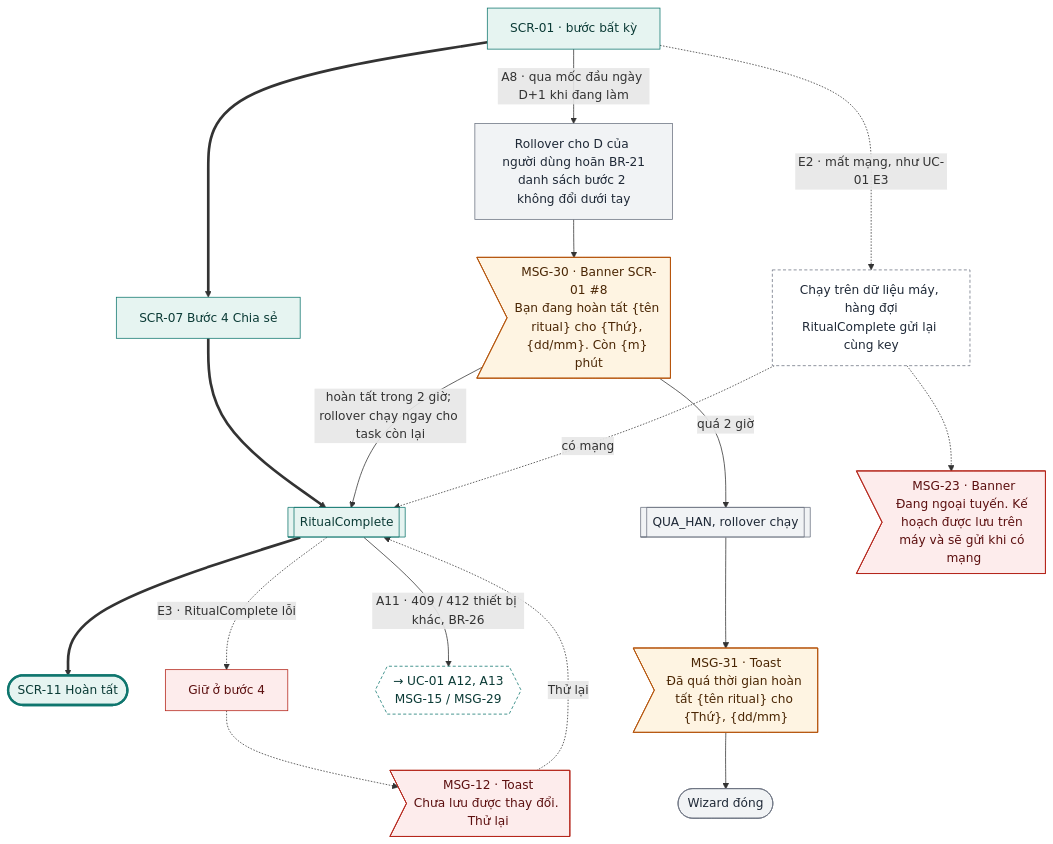
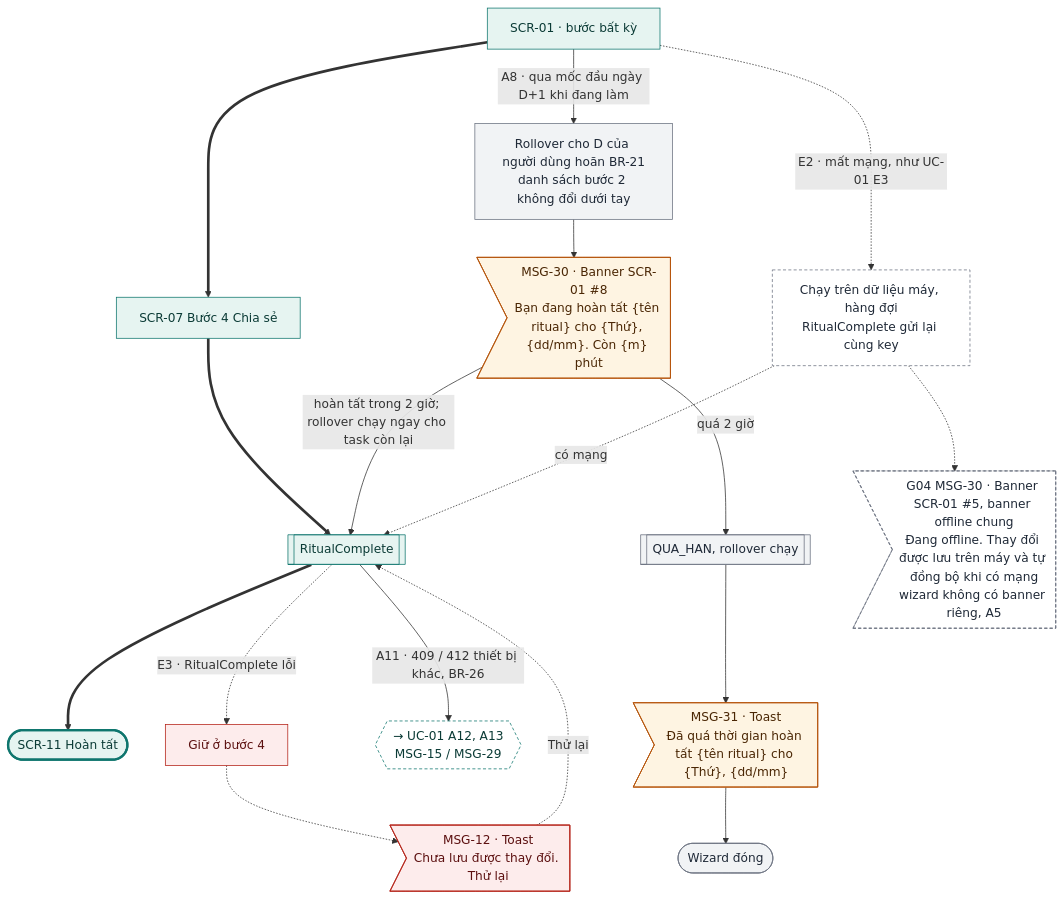
Before and after one commit to tannguyenho/personal-app: diagram 11 of 18 in docs/design-brief/flow/g08-daily-rituals.md, drawn with Mermaid. The commit also changed other lines of this file and 5 other files, not shown here.

First line of the commit message:
docs(G08, G12): áp quyết định PO 09/11 vào SRS, PRD, flow

````diff
--- a/docs/design-brief/flow/g08-daily-rituals.md
+++ b/docs/design-brief/flow/g08-daily-rituals.md
@@ -485,40 +496,40 @@
 ```mermaid
 flowchart TD
   s1["SCR-01 · bước bất kỳ"]
   s4["SCR-07 Bước 4 Chia sẻ"]
   p5[["RitualComplete"]]
   ok(["SCR-11 Hoàn tất"])
   s1 ==> s4 ==> p5 ==> ok
 
   s1 -->|"A8 · qua mốc đầu ngày D+1 khi đang làm"| a8["Rollover cho D của người dùng hoãn BR-21<br/>danh sách bước 2 không đổi dưới tay"]
   a8 --> a8m>"MSG-30 · Banner SCR-01 #8<br/>Bạn đang hoàn tất {tên ritual} cho {Thứ}, {dd/mm}. Còn {m} phút"]
   a8m -->|"hoàn tất trong 2 giờ; rollover chạy ngay cho task còn lại"| p5
   a8m -->|"quá 2 giờ"| a8f[["QUA_HAN, rollover chạy"]]
   a8f --> a8x>"MSG-31 · Toast<br/>Đã quá thời gian hoàn tất {tên ritual} cho {Thứ}, {dd/mm}"]
   a8x --> a8e(["Wizard đóng"])
   p5 -->|"A11 · 409 / 412 thiết bị khác, BR-26"| a11{{"→ UC-01 A12, A13<br/>MSG-15 / MSG-29"}}
 
   s1 -.->|"E2 · mất mạng, như UC-01 E3"| e2["Chạy trên dữ liệu máy, hàng đợi<br/>RitualComplete gửi lại cùng key"]
-  e2 -.-> e2m>"MSG-23 · Banner<br/>Đang ngoại tuyến. Kế hoạch được lưu trên máy và sẽ gửi khi có mạng"]
+  e2 -.-> e2m>"G04 MSG-30 · Banner SCR-01 #5, banner offline chung<br/>Đang offline. Thay đổi được lưu trên máy và tự đồng bộ khi có mạng<br/>wizard không có banner riêng, A5"]
   e2 -.->|"có mạng"| p5
   p5 -.->|"E3 · RitualComplete lỗi"| e3["Giữ ở bước 4"]
   e3 -.-> e3m>"MSG-12 · Toast<br/>Chưa lưu được thay đổi. Thử lại"]
   e3m -.->|"Thử lại"| p5
 
   class s1,s4,p5 happy
   class a8,a8f,a8e alt
   class a8m,a8x warn
   class a11 link
-  class e2 sync
-  class e2m,e3,e3m err
+  class e2,e2m sync
+  class e3,e3m err
   class ok done
   classDef happy fill:#E6F4F1,stroke:#0F766E,color:#0B3B36
   classDef alt fill:#F1F3F5,stroke:#6B7280,color:#1F2937
   classDef err fill:#FDECEC,stroke:#B42318,color:#5C1010
   classDef warn fill:#FEF4E2,stroke:#B45309,color:#4A2604
   classDef ai fill:#F1ECFD,stroke:#6D28D9,color:#2E1065
   classDef sync fill:#FFFFFF,stroke:#6B7280,stroke-dasharray:4 3,color:#1F2937
   classDef link fill:#FFFFFF,stroke:#0F766E,stroke-dasharray:4 3,color:#0B3B36
   classDef done fill:#E6F4F1,stroke:#0F766E,stroke-width:3px,color:#0B3B36
   classDef fail fill:#FDECEC,stroke:#B42318,stroke-width:3px,color:#5C1010
 ```
````
